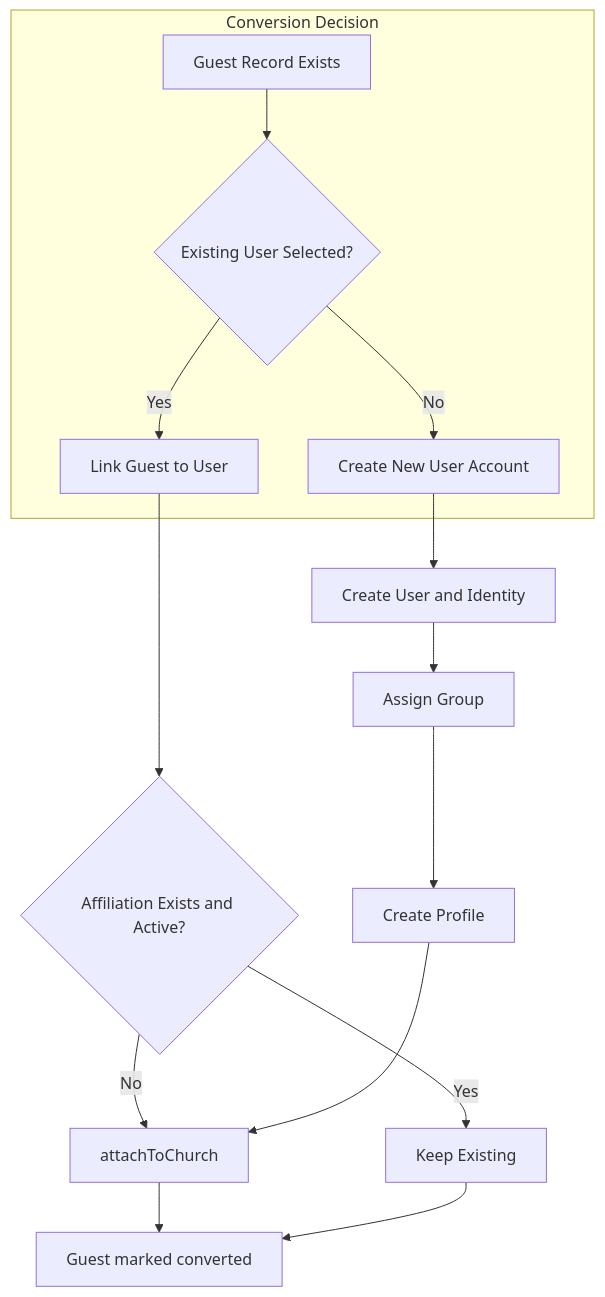
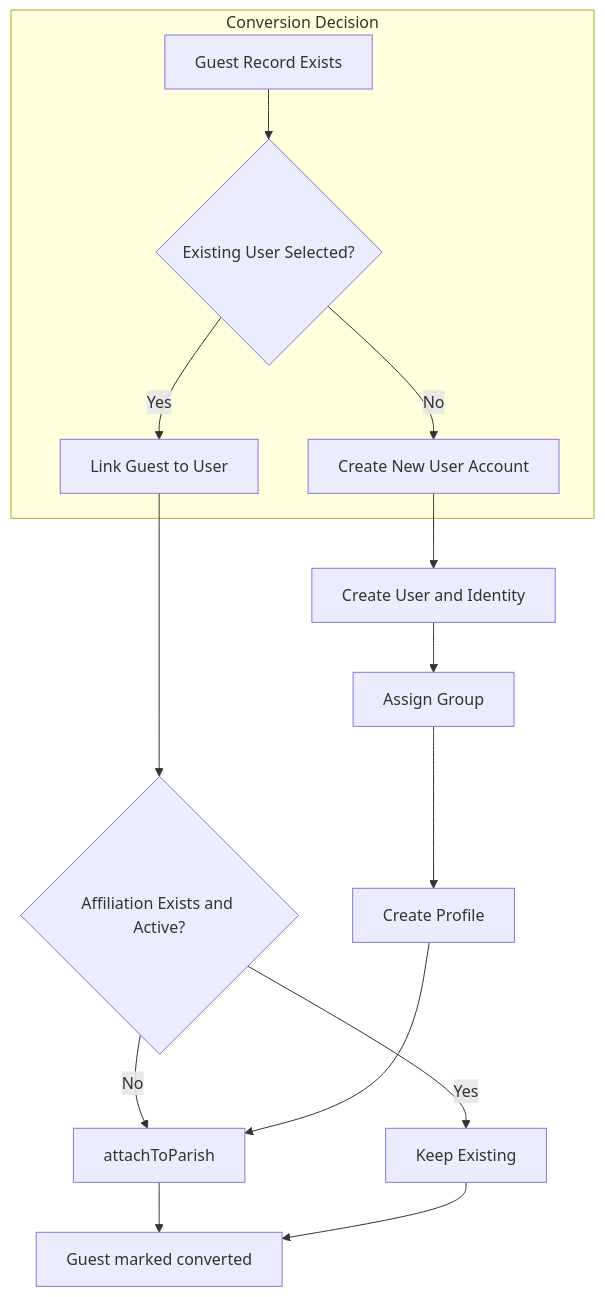
Before and after one commit to ekklesiaonline/ekklesiaONLINE: the third of 8 diagrams in docs/GUEST_REGISTRATION_TO_GOOD_STANDING_DIAGRAMS_2026-04-11.md, drawn with Mermaid. The commit also changed other lines of this file and 266 other files, not shown here.

First line of the commit message:
Project-wide terminology migration: church -> parish

````diff
--- a/docs/GUEST_REGISTRATION_TO_GOOD_STANDING_DIAGRAMS_2026-04-11.md
+++ b/docs/GUEST_REGISTRATION_TO_GOOD_STANDING_DIAGRAMS_2026-04-11.md
@@ -52,20 +52,20 @@
 ```mermaid
 flowchart TB
     subgraph Conversion Decision
         A[Guest Record Exists] --> B{Existing User Selected?}
         B -->|Yes| C[Link Guest to User]
         B -->|No| D[Create New User Account]
     end
 
     C --> E{Affiliation Exists and Active?}
-    E -->|No| F[attachToChurch]
+    E -->|No| F[attachToParish]
     E -->|Yes| G[Keep Existing]
 
     D --> H[Create User and Identity]
     H --> I[Assign Group]
     I --> J[Create Profile]
     J --> F
 
     F --> K[Guest marked converted]
     G --> K
 ```
````
